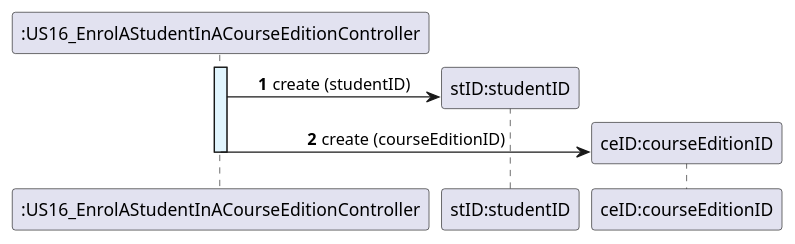
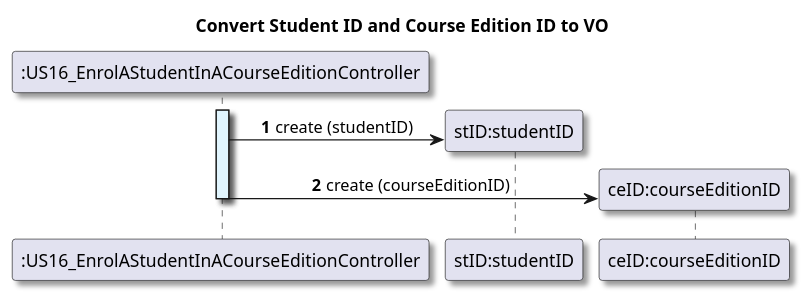
The diagram in docs/US16/references/US16_DDD_convertStudentID&CourseEditionIDToVO.puml (GasparISEP/DevOps-PAI), drawn with PlantUML before and after one commit. The commit also changed 10 other files, not shown here.

Commit message:
docs(sequence-diagram): minor adjustments to course edition enrolment functionality SD #359, Closes #382, Closes #313, Closes #398

```diff
--- a/docs/US16/references/US16_DDD_convertStudentID&CourseEditionIDToVO.puml
+++ b/docs/US16/references/US16_DDD_convertStudentID&CourseEditionIDToVO.puml
@@ -1,20 +1,23 @@
 @startuml
 
+title Convert Student ID and Course Edition ID to VO
 autonumber
 skinparam {
   ActivityPadding 2
   ActivityMargin 2
   BoxPadding 2
 }
 skinparam defaultTextAlignment center
+skinparam shadowing true
+
 
 
 activate ":US16_EnrolAStudentInACourseEditionController" #E1F5FE
 create "stID:studentID"
 ":US16_EnrolAStudentInACourseEditionController" -> "stID:studentID": create (studentID)
 
 create "ceID:courseEditionID"
 ":US16_EnrolAStudentInACourseEditionController" -> "ceID:courseEditionID": create (courseEditionID)
 
 deactivate ":US16_EnrolAStudentInACourseEditionController"
 @enduml
```
